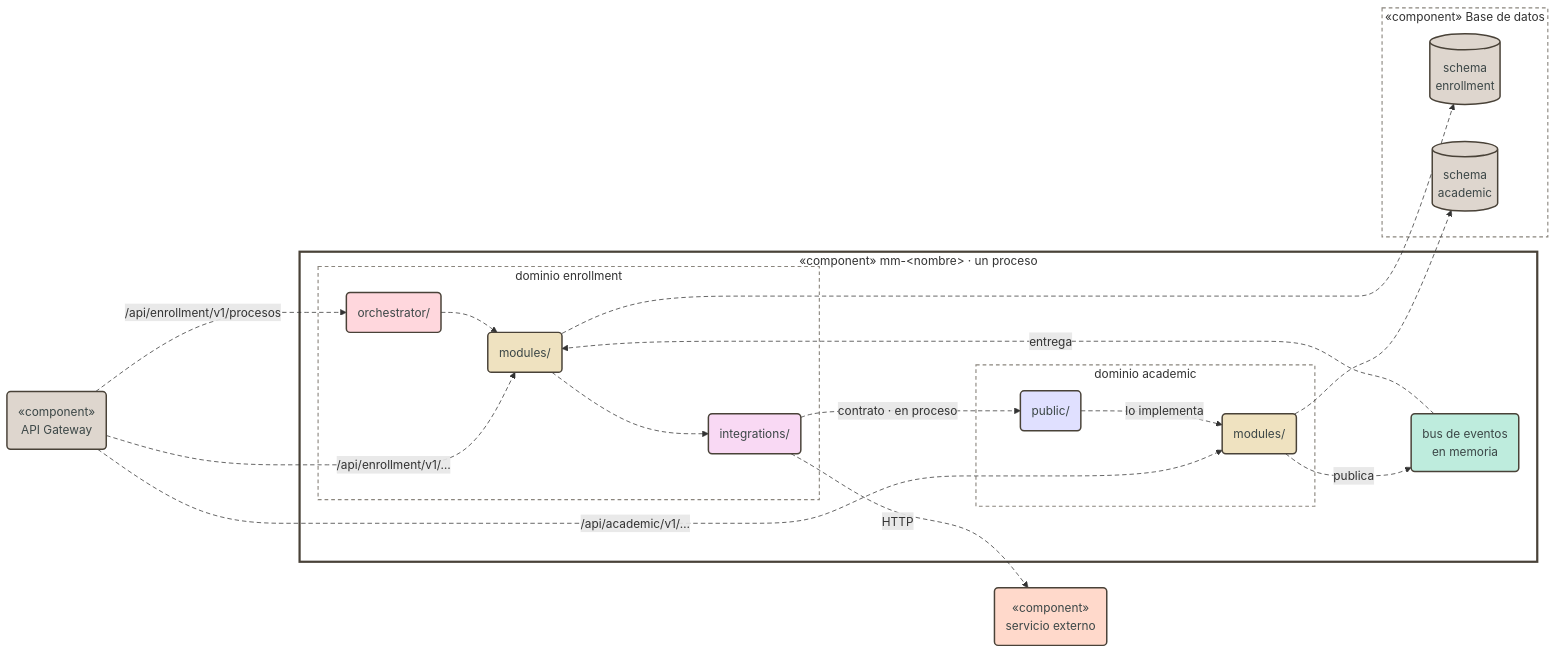
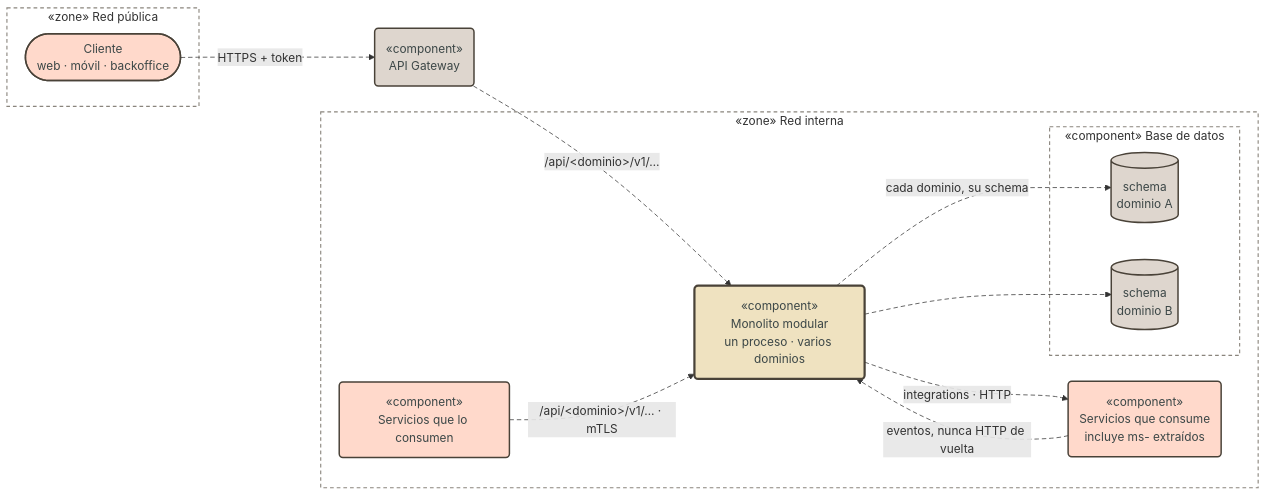
One commit to pcarroza91/nest-template changed the first of 4 diagrams in docs/architecture/modular-monolith.md. Above: the diagram before and after it, drawn with Mermaid. The commit also changed other lines of this file and 1 other file, not shown here.

Commit message:
docs(architecture): el monolito modular suma Contexto y Capas en dos niveles

````diff
--- a/docs/architecture/modular-monolith.md
+++ b/docs/architecture/modular-monolith.md
@@ -31,54 +28,34 @@
 ```mermaid
 flowchart LR
+    subgraph PUB["«zone» Red pública"]
+        C(["Cliente<br/>web · móvil · backoffice"])
+    end
     GW("«component»<br/>API Gateway")
-    subgraph MM["«component» mm-&lt;nombre&gt; · un proceso"]
-        subgraph D1["dominio enrollment"]
-            O1("orchestrator/")
-            M1("modules/")
-            I1("integrations/")
+    subgraph INT["«zone» Red interna"]
+        UP("«component»<br/>Servicios que lo consumen")
+        MM("«component»<br/>Monolito modular<br/>un proceso · varios dominios")
+        DOWN("«component»<br/>Servicios que consume<br/>incluye ms- extraídos")
+        subgraph DB["«component» Base de datos"]
+            S1[("schema<br/>dominio A")]
+            S2[("schema<br/>dominio B")]
         end
-        subgraph D2["dominio academic"]
-            P2("public/")
-            M2("modules/")
-        end
-        BUS("bus de eventos<br/>en memoria")
     end
-    subgraph DB["«component» Base de datos"]
-        S1[("schema<br/>enrollment")]
-        S2[("schema<br/>academic")]
-    end
-    EXT("«component»<br/>servicio externo")
 
-    GW -- "/api/enrollment/v1/…" --> M1
-    GW -- "/api/enrollment/v1/procesos" --> O1
-    GW -- "/api/academic/v1/…" --> M2
-    O1 --> M1
-    M1 --> I1
-    I1 -- "contrato · en proceso" --> P2
-    P2 -. "lo implementa" .-> M2
-    I1 -- "HTTP" --> EXT
-    M1 --> S1
-    M2 --> S2
-    M2 -. "publica" .-> BUS
-    BUS -. "entrega" .-> M1
+    C -- "HTTPS + token" --> GW
+    GW -- "/api/&lt;dominio&gt;/v1/…" --> MM
+    UP -- "/api/&lt;dominio&gt;/v1/… · mTLS" --> MM
+    MM -- "integrations · HTTP" --> DOWN
+    DOWN -. "eventos, nunca HTTP de vuelta" .-> MM
+    MM -- "cada dominio, su schema" --> S1
+    MM --> S2
 
-    classDef modules fill:#efe2c0,stroke:#494238,stroke-width:2px,color:#3c4747
-    classDef orchestrator fill:#ffd7dd,stroke:#494238,stroke-width:2px,color:#3c4747
-    classDef integrations fill:#f9d9f4,stroke:#494238,stroke-width:2px,color:#3c4747
-    classDef public fill:#e0e0ff,stroke:#494238,stroke-width:2px,color:#3c4747
-    classDef common fill:#beecdd,stroke:#494238,stroke-width:2px,color:#3c4747
     classDef external fill:#ffd9cb,stroke:#494238,stroke-width:2px,color:#3c4747
     classDef infra fill:#ded6ce,stroke:#494238,stroke-width:2px,color:#3c4747
+    classDef main fill:#efe2c0,stroke:#494238,stroke-width:3px,color:#3c4747
     classDef pkg fill:transparent,stroke:#8a857d,stroke-width:1.5px,stroke-dasharray:5 4
-    classDef system fill:transparent,stroke:#494238,stroke-width:3px
-    class M1,M2 modules
-    class O1 orchestrator
-    class I1 integrations
-    class P2 public
-    class BUS common
-    class EXT external
+    class C,UP,DOWN external
     class GW,S1,S2 infra
-    class D1,D2,DB pkg
-    class MM system
+    class MM main
+    class PUB,INT,DB pkg
     linkStyle default stroke-dasharray:6 4
 ```
````
